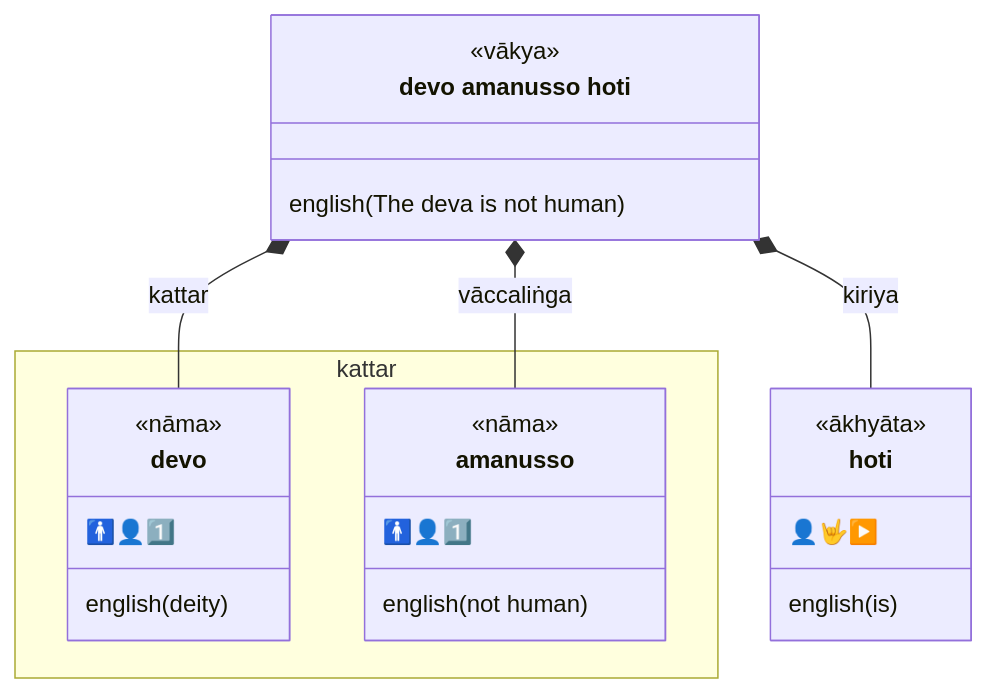
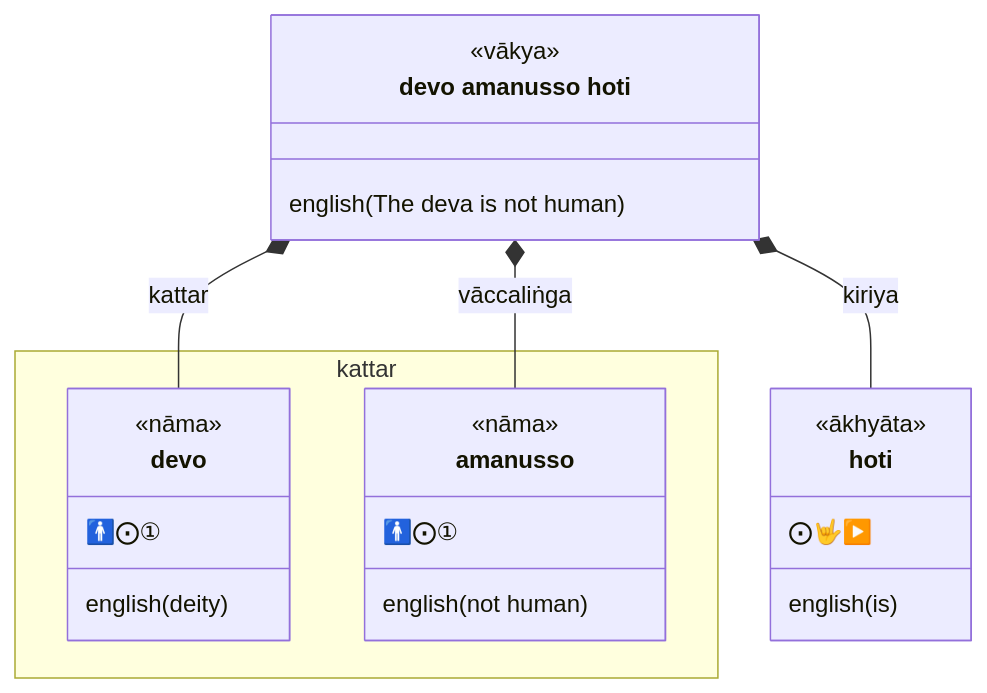
One commit to ChristineTham/buddhavacana changed the first of 60 diagrams in content/en/docs/Pali/sentences.md. Above: the diagram before and after it, drawn with Mermaid. The commit also changed other lines of this file and 71 other files, not shown here.

````diff
--- a/content/en/docs/Pali/sentences.md
+++ b/content/en/docs/Pali/sentences.md
@@ -59,27 +59,27 @@
 ```mermaid
 classDiagram
   class sentence["devo amanusso hoti"] {
     <<vākya>>
     english(The deva is not human)
   }
   namespace kattar {
     class devo {
       <<nāma>>
-      🚹👤1️⃣
+      🚹⨀①
       english(deity)
     }
     class amanusso {
       <<nāma>>
-      🚹👤1️⃣
+      🚹⨀①
       english(not human)
     }
   }
   class hoti {
     <<ākhyāta>>
-     👤🤟▶️
+     ⨀🤟▶️
     english(is)
   }
   sentence *-- devo : kattar
   sentence *-- amanusso : vāccaliṅga
   sentence *-- hoti: kiriya
 ```
````
